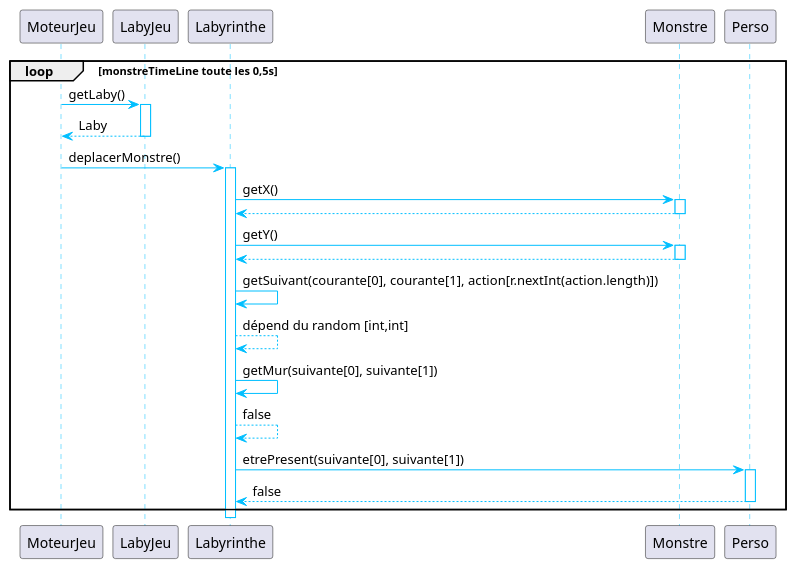
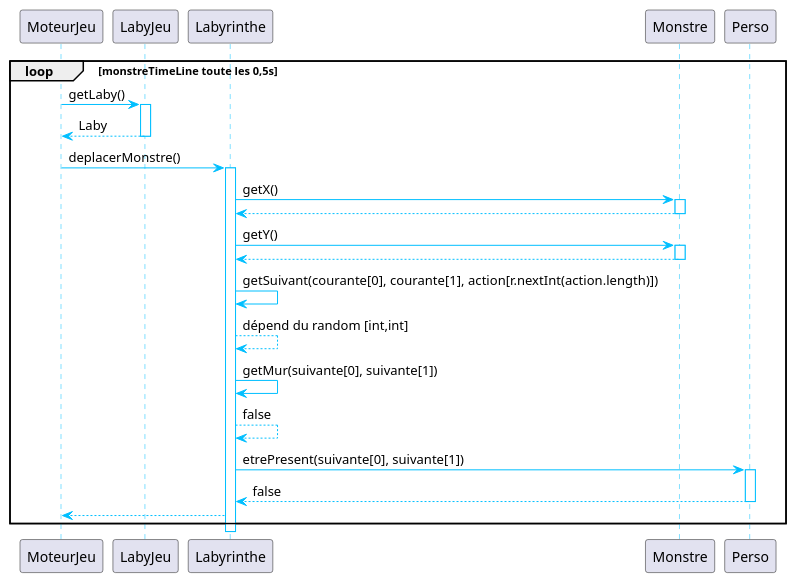
The diagram in documents/version_2/diagSeq_deplacement_Monstre.puml (1001ms/2023_Zeldiablo_walczak_amaglio_arcelin_berret_brun), drawn with PlantUML before and after one commit. The commit also changed 4 other files, not shown here.

```diff
--- a/documents/version_2/diagSeq_deplacement_Monstre.puml
+++ b/documents/version_2/diagSeq_deplacement_Monstre.puml
@@ -1,43 +1,43 @@
 @startuml
 'https://plantuml.com/sequence-diagram
 
 ' Activation style
 ' Activation style
 skinparam sequence {
     ArrowColor DeepSkyBlue
     ActorBorderColor DeepSkyBlue
     LifeLineBorderColor DeepSkyBlue
 }
 loop monstreTimeLine toute les 0,5s
 MoteurJeu -> LabyJeu: getLaby()
 activate LabyJeu
 LabyJeu --> MoteurJeu : Laby
 deactivate LabyJeu
 MoteurJeu -> Labyrinthe : deplacerMonstre()
 activate Labyrinthe
 
 
 Labyrinthe -> Monstre: getX()
 activate Monstre
 Labyrinthe <-- Monstre:
 deactivate Monstre
 
 Labyrinthe -> Monstre: getY()
 activate Monstre
 Labyrinthe <-- Monstre:
 deactivate Monstre
 
 
 Labyrinthe -> Labyrinthe: getSuivant(courante[0], courante[1], action[r.nextInt(action.length)])
 Labyrinthe --> Labyrinthe: dépend du random [int,int]
 
 
 Labyrinthe -> Labyrinthe: getMur(suivante[0], suivante[1])
 Labyrinthe --> Labyrinthe: false
 Labyrinthe -> Perso: etrePresent(suivante[0], suivante[1])
 activate Perso
 Labyrinthe <-- Perso: false
 deactivate Perso
-deactivate MoteurJeu
+Labyrinthe-->MoteurJeu
 end
 @enduml
```
